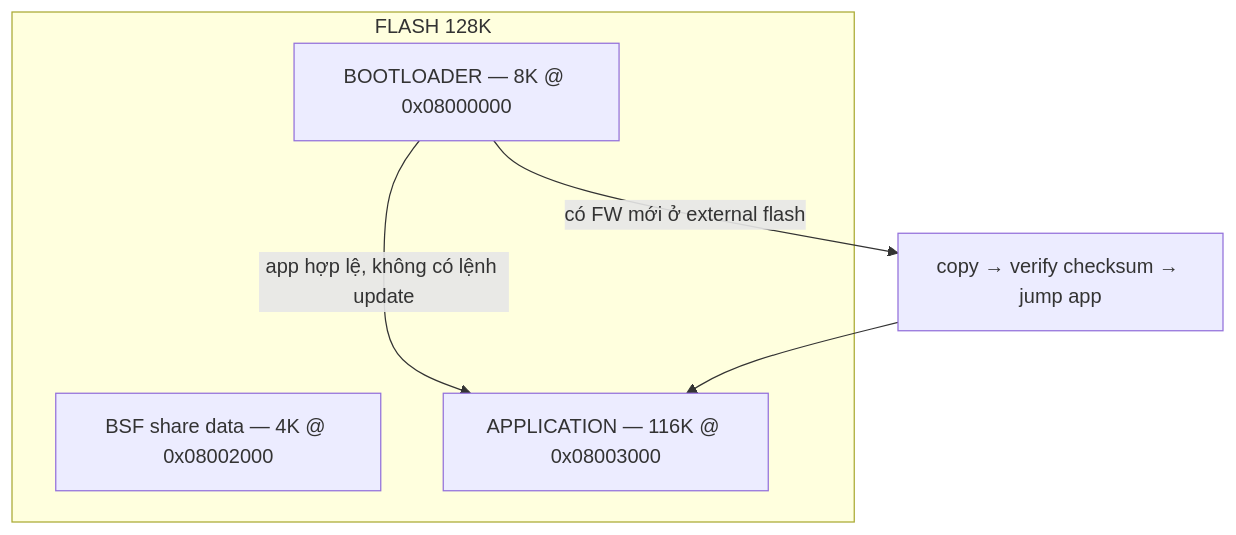
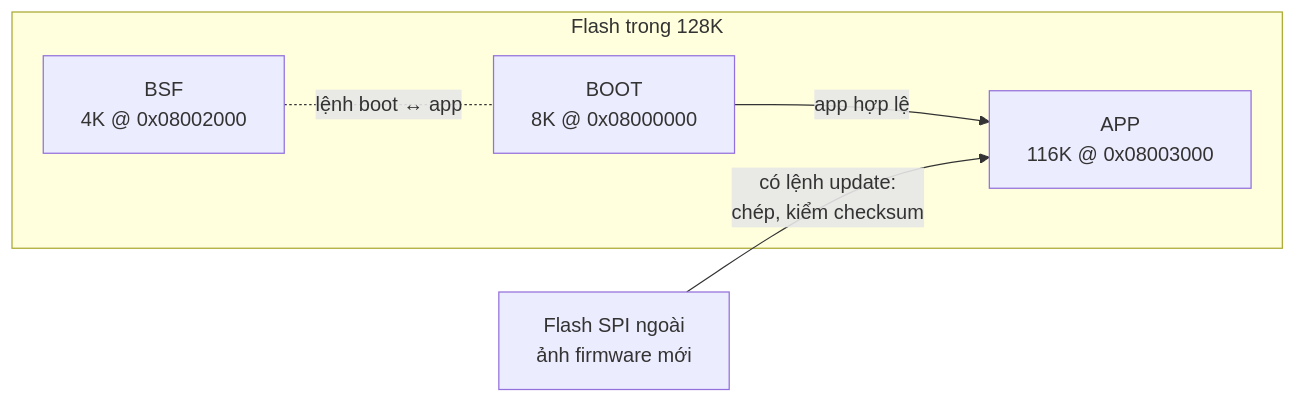
The diagram in README.md (hohoanganh/ak-base-kit-pio), drawn with Mermaid before and after one commit. The commit also changed other lines of this file and 6 other files, not shown here.

````diff
--- a/README.md
+++ b/README.md
@@ -29,11 +26,12 @@
 ```mermaid
-flowchart TD
-    subgraph FLASH["FLASH 128K"]
-        B["BOOTLOADER — 8K @ 0x08000000"]
-        S["BSF share data — 4K @ 0x08002000"]
-        A["APPLICATION — 116K @ 0x08003000"]
+flowchart LR
+    subgraph FLASH["Flash trong 128K"]
+        B["BOOT<br>8K @ 0x08000000"]
+        S["BSF<br>4K @ 0x08002000"]
+        A["APP<br>116K @ 0x08003000"]
     end
-    B -- "app hợp lệ, không có lệnh update" --> A
-    B -- "có FW mới ở external flash" --> U["copy → verify checksum → jump app"]
-    U --> A
+    X["Flash SPI ngoài<br>ảnh firmware mới"]
+    B -- "app hợp lệ" --> A
+    X -- "có lệnh update:<br>chép, kiểm checksum" --> A
+    S -. "lệnh boot ↔ app" .- B
 ```
````
